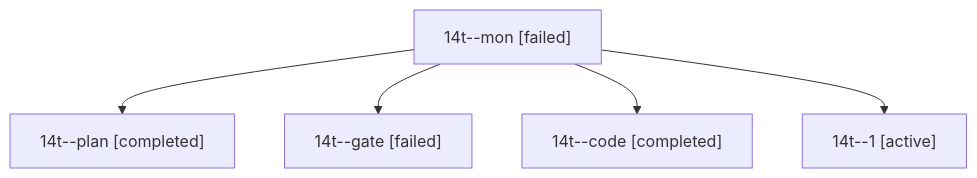
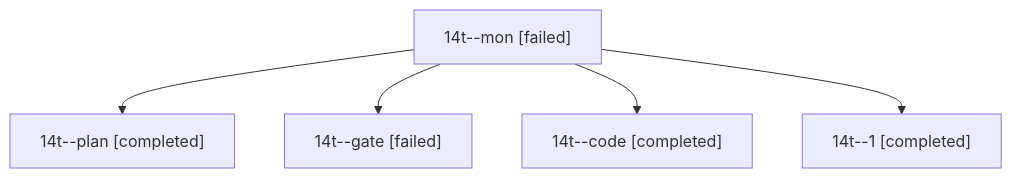
Before and after one commit to sase-org/sase--agents: the diagram in sessions/bbugyi200.athena.14t.md, drawn with Mermaid. The commit also changed other lines of this file and 10 other files, not shown here.

````diff
--- a/sessions/bbugyi200.athena.14t.md
+++ b/sessions/bbugyi200.athena.14t.md
@@ -9,12 +9,12 @@
 ```mermaid
 flowchart TD
   n0["14t--mon [failed]"]
   n1["14t--plan [completed]"]
   n0 --> n1
   n2["14t--gate [failed]"]
   n0 --> n2
   n3["14t--code [completed]"]
   n0 --> n3
-  n4["14t--1 [active]"]
+  n4["14t--1 [completed]"]
   n0 --> n4
 ```
````
